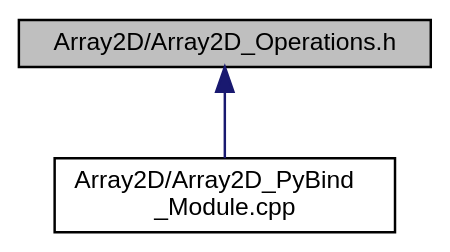
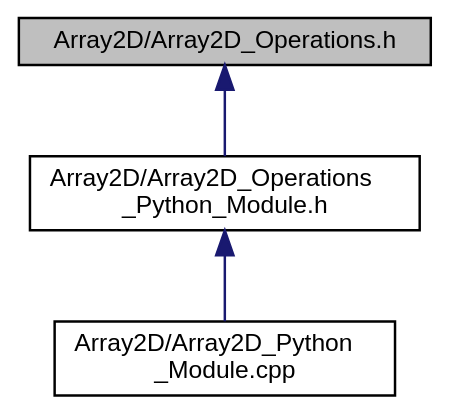
The diagram in docs/PySYCL_doxygen_html/_array2_d___operations_8h__dep__incl.dot (OsmanAEG/PySYCL), drawn with Graphviz before and after one commit. The commit also changed 150 other files, not shown here.

```diff
--- a/docs/PySYCL_doxygen_html/_array2_d___operations_8h__dep__incl.dot
+++ b/docs/PySYCL_doxygen_html/_array2_d___operations_8h__dep__incl.dot
@@ -1,11 +1,13 @@
 digraph "Array2D/Array2D_Operations.h"
 {
  // INTERACTIVE_SVG=YES
  // LATEX_PDF_SIZE
   bgcolor="transparent";
   edge [fontname="Helvetica",fontsize="10",labelfontname="Helvetica",labelfontsize="10"];
   node [fontname="Helvetica",fontsize="10",shape=record];
-  Node1 [label="Array2D/Array2D_Operations.h",height=0.2,width=0.4,color="black", fillcolor="grey75", style="filled", fontcolor="black",tooltip="Array2D operations in PySYCL. These operations receive two individual arrays and return a single arra..."];
+  Node1 [label="Array2D/Array2D_Operations.h",height=0.2,width=0.4,color="black", fillcolor="grey75", style="filled", fontcolor="black",tooltip="Array2D Operations in PySYCL. This header file contains the many operations that can be performed on ..."];
   Node1 -> Node2 [dir="back",color="midnightblue",fontsize="10",style="solid",fontname="Helvetica"];
-  Node2 [label="Array2D/Array2D_PyBind\l_Module.cpp",height=0.2,width=0.4,color="black",URL="$_array2_d___py_bind___module_8cpp.html",tooltip="Python module for array2D in PySYCL."];
+  Node2 [label="Array2D/Array2D_Operations\l_Python_Module.h",height=0.2,width=0.4,color="black",URL="$_array2_d___operations___python___module_8h.html",tooltip="Python module for array2D operations in PySYCL."];
+  Node2 -> Node3 [dir="back",color="midnightblue",fontsize="10",style="solid",fontname="Helvetica"];
+  Node3 [label="Array2D/Array2D_Python\l_Module.cpp",height=0.2,width=0.4,color="black",URL="$_array2_d___python___module_8cpp.html",tooltip="Python module for array2D in PySYCL."];
 }
```
